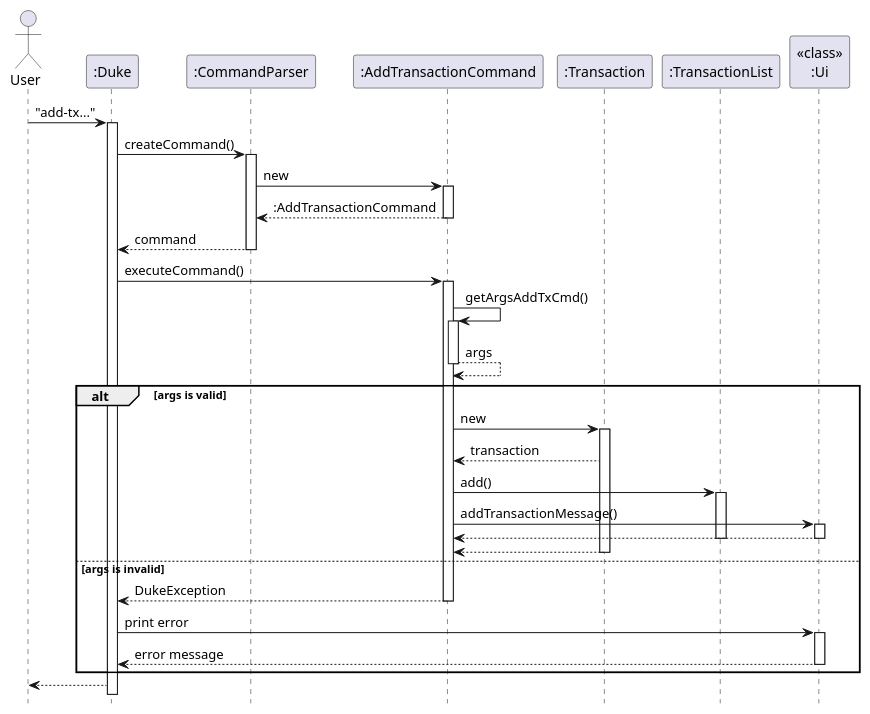
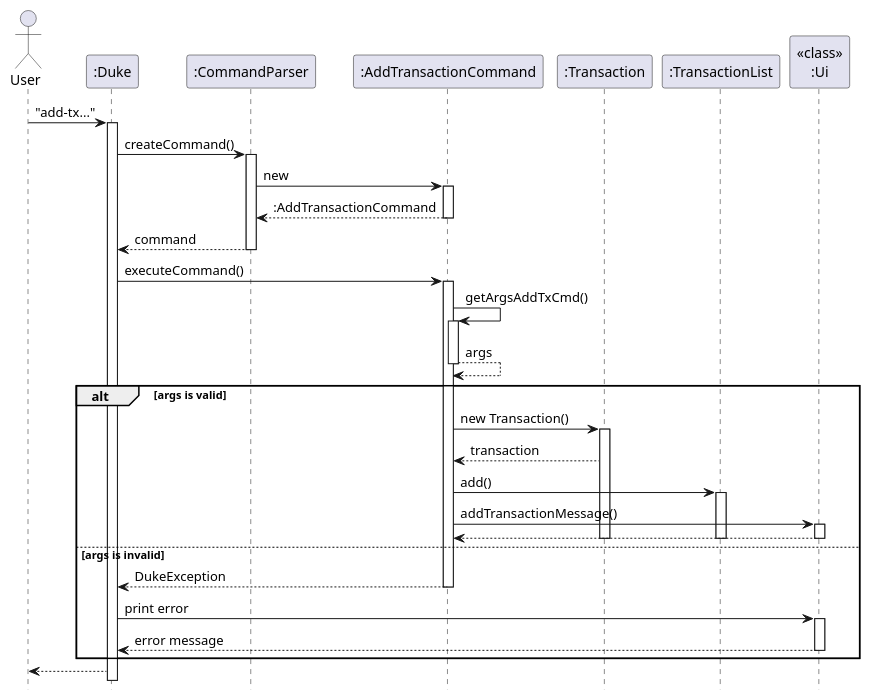
One commit to nus-cs2113-AY2223S1/tp changed the diagram in docs/diagrams/transaction/AddTransactionSequence.puml. Above: the diagram before and after it, drawn with PlantUML. The commit also changed 13 other files, not shown here.

Commit message:
Update diagrams

```diff
--- a/docs/diagrams/transaction/AddTransactionSequence.puml
+++ b/docs/diagrams/transaction/AddTransactionSequence.puml
@@ -1,42 +1,41 @@
 @startuml
 hide footbox
 
 Actor User
 "User" -> ":Duke": "add-tx..."
 activate ":Duke"
 ":Duke" -> ":CommandParser": createCommand()
 activate ":CommandParser"
 ":CommandParser" -> ":AddTransactionCommand": new
 activate ":AddTransactionCommand"
 return :AddTransactionCommand
 ":CommandParser" --> ":Duke": command
 deactivate
 
 ":Duke" -> ":AddTransactionCommand" : executeCommand()
 activate ":AddTransactionCommand"
 ":AddTransactionCommand" -> ":AddTransactionCommand": getArgsAddTxCmd()
 activate ":AddTransactionCommand"
 return args
 alt args is valid
-    ":AddTransactionCommand" -> ":Transaction": new
+    ":AddTransactionCommand" -> ":Transaction": new Transaction()
     activate ":Transaction"
     ":Transaction" --> ":AddTransactionCommand": transaction
     ":AddTransactionCommand" -> ":TransactionList": add()
     activate ":TransactionList"
     ":AddTransactionCommand" -> "<<class>>\n:Ui": addTransactionMessage()
     activate "<<class>>\n:Ui"
     return
     deactivate ":TransactionList"
-    return
     deactivate "<<class>>\n:Ui"
     deactivate ":Transaction"
 else args is invalid
     ":AddTransactionCommand" --> ":Duke" : DukeException
     deactivate ":AddTransactionCommand"
     ":Duke" -> "<<class>>\n:Ui" : print error
     activate "<<class>>\n:Ui"
     "<<class>>\n:Ui" --> ":Duke" : error message
     deactivate "<<class>>\n:Ui"
 end
 ":Duke" --> "User"
 @enduml
```
